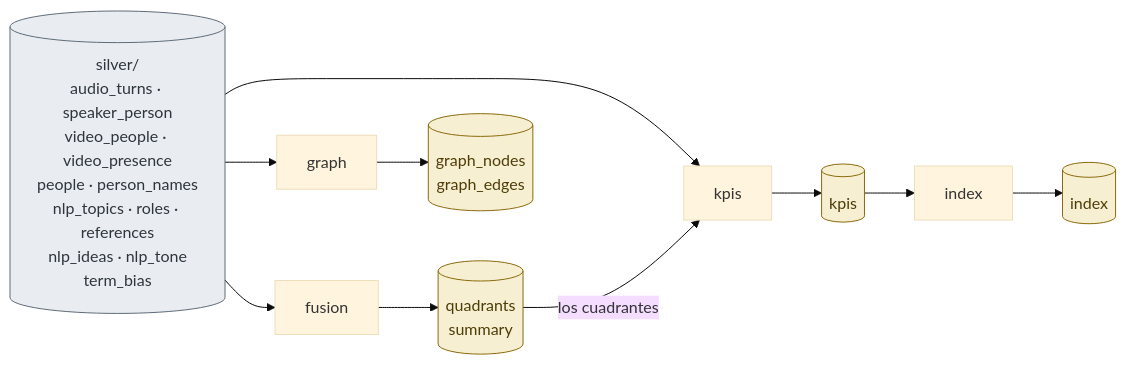
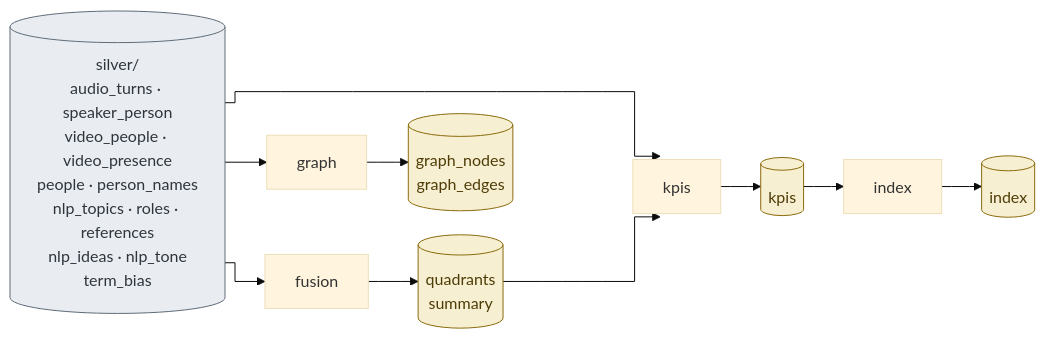
Before and after one commit to ComunidadIA-OS/attention-is-all-she-needs: the third of 3 diagrams in ARCHITECTURE.md, drawn with Mermaid (base theme). The commit also changed other lines of this file, not shown here.

Commit message:
docs: update architecture

````diff
--- a/ARCHITECTURE.md
+++ b/ARCHITECTURE.md
@@ -186,14 +169,15 @@
 ```mermaid
+%%{init: {"flowchart": {"curve": "step", "nodeSpacing": 24, "rankSpacing": 40}}}%%
 flowchart LR
     S[("silver/<br/>audio_turns · speaker_person<br/>video_people · video_presence<br/>people · person_names<br/>nlp_topics · roles · references<br/>nlp_ideas · nlp_tone<br/>term_bias")]
     S --> fusion --> Q[("quadrants<br/>summary")]
     S --> kpis --> K[(kpis)]
-    Q -- los cuadrantes --> kpis
+    Q ----> kpis
     K --> index --> I[(index)]
     S --> GT[graph] --> GR[("graph_nodes<br/>graph_edges")]
     classDef bronze fill:#f6e9dc,stroke:#9a5a22,color:#5a3410
     classDef silver fill:#e9edf1,stroke:#5f6b78,color:#2e353d
     classDef gold fill:#f7efd2,stroke:#8a6b0c,color:#4d3c06
     class S silver
     class Q,K,I,GR gold
 ```
````
